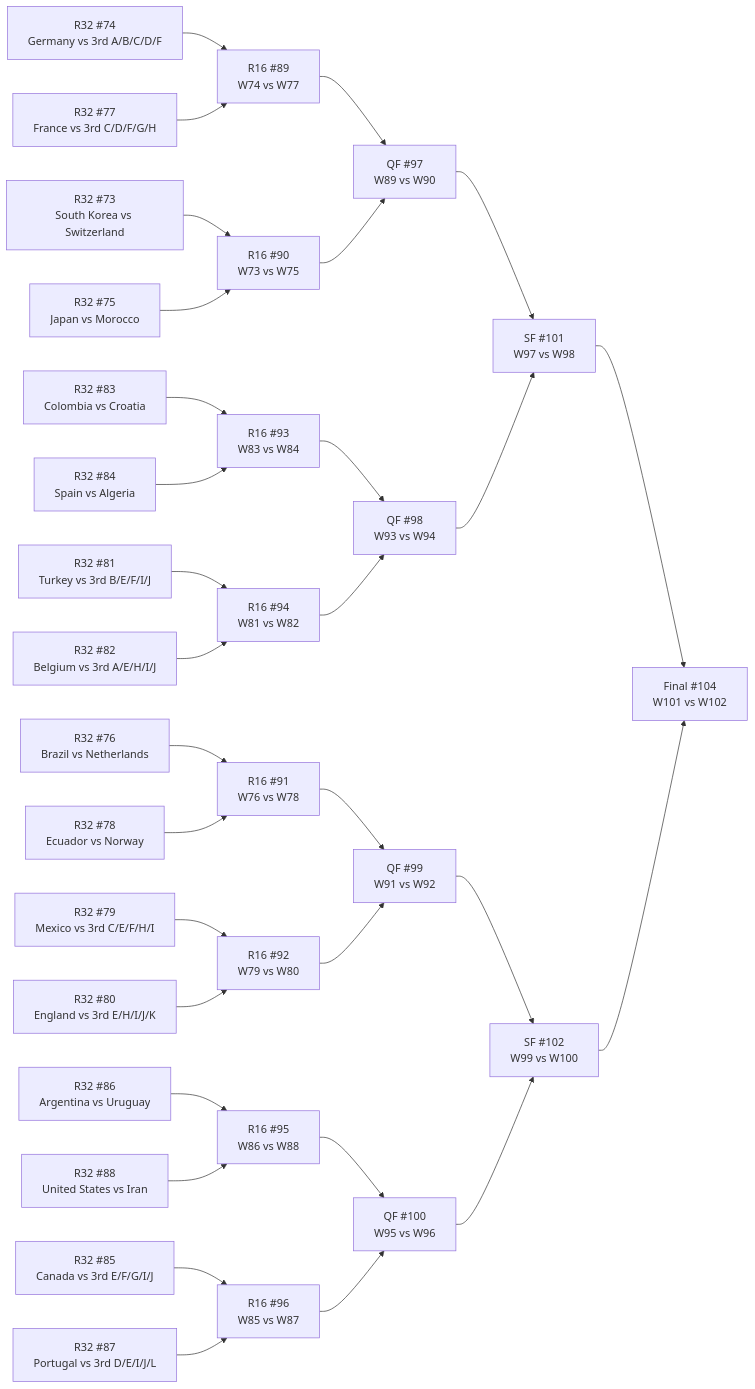
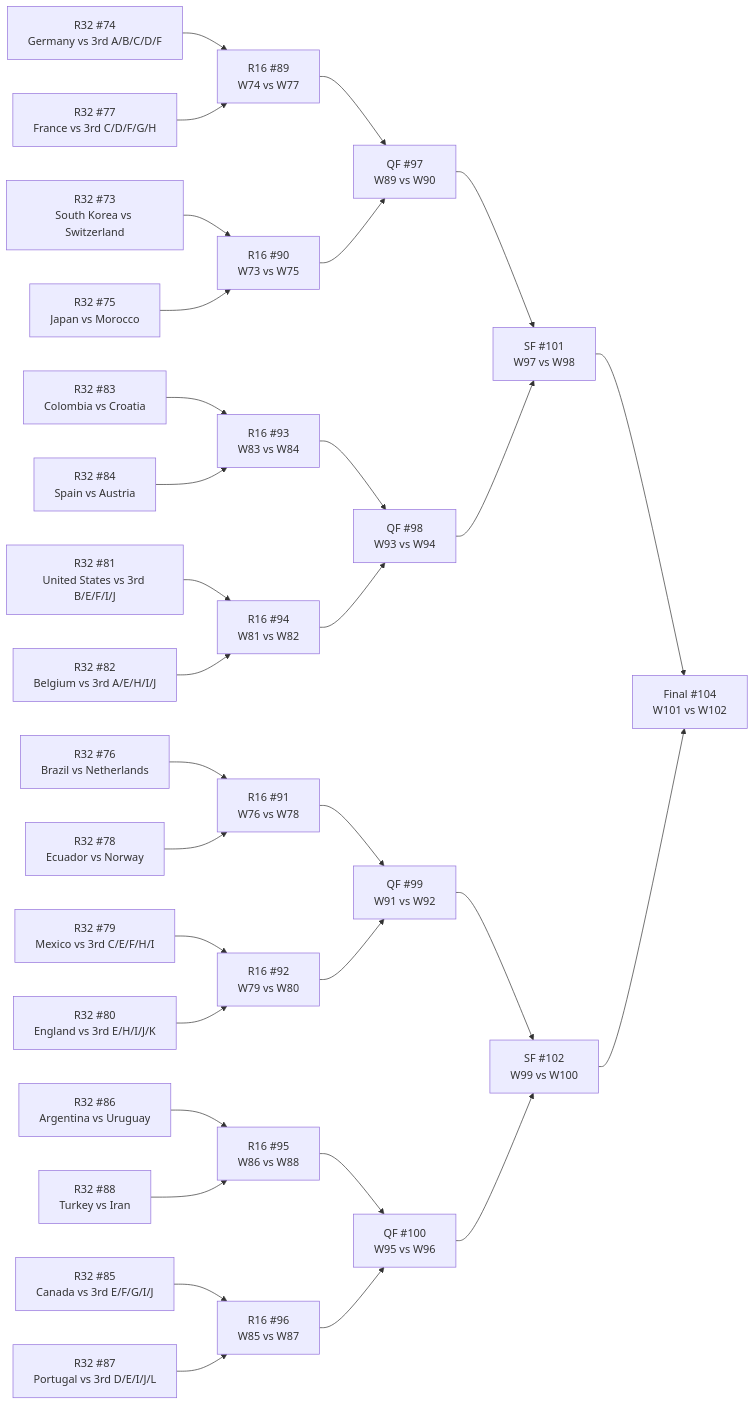
The diagram in WC vault/_bracket.md (Tutai-Tran/WC-2026-predictor), drawn with Mermaid before and after one commit. The commit also changed 84 other files, not shown here.

````diff
--- a/WC vault/_bracket.md
+++ b/WC vault/_bracket.md
@@ -11,64 +11,64 @@
 ```mermaid
 flowchart LR
   M73["R32 #73<br>South Korea vs Switzerland"]
   M74["R32 #74<br>Germany vs 3rd A/B/C/D/F"]
   M75["R32 #75<br>Japan vs Morocco"]
   M76["R32 #76<br>Brazil vs Netherlands"]
   M77["R32 #77<br>France vs 3rd C/D/F/G/H"]
   M78["R32 #78<br>Ecuador vs Norway"]
   M79["R32 #79<br>Mexico vs 3rd C/E/F/H/I"]
   M80["R32 #80<br>England vs 3rd E/H/I/J/K"]
-  M81["R32 #81<br>Turkey vs 3rd B/E/F/I/J"]
+  M81["R32 #81<br>United States vs 3rd B/E/F/I/J"]
   M82["R32 #82<br>Belgium vs 3rd A/E/H/I/J"]
   M83["R32 #83<br>Colombia vs Croatia"]
-  M84["R32 #84<br>Spain vs Algeria"]
+  M84["R32 #84<br>Spain vs Austria"]
   M85["R32 #85<br>Canada vs 3rd E/F/G/I/J"]
   M86["R32 #86<br>Argentina vs Uruguay"]
   M87["R32 #87<br>Portugal vs 3rd D/E/I/J/L"]
-  M88["R32 #88<br>United States vs Iran"]
+  M88["R32 #88<br>Turkey vs Iran"]
   M89["R16 #89<br>W74 vs W77"]
   M90["R16 #90<br>W73 vs W75"]
   M91["R16 #91<br>W76 vs W78"]
   M92["R16 #92<br>W79 vs W80"]
   M93["R16 #93<br>W83 vs W84"]
   M94["R16 #94<br>W81 vs W82"]
   M95["R16 #95<br>W86 vs W88"]
   M96["R16 #96<br>W85 vs W87"]
   M97["QF #97<br>W89 vs W90"]
   M98["QF #98<br>W93 vs W94"]
   M99["QF #99<br>W91 vs W92"]
   M100["QF #100<br>W95 vs W96"]
   M101["SF #101<br>W97 vs W98"]
   M102["SF #102<br>W99 vs W100"]
   M104["Final #104<br>W101 vs W102"]
   M74 --> M89
   M77 --> M89
   M73 --> M90
   M75 --> M90
   M76 --> M91
   M78 --> M91
   M79 --> M92
   M80 --> M92
   M83 --> M93
   M84 --> M93
   M81 --> M94
   M82 --> M94
   M86 --> M95
   M88 --> M95
   M85 --> M96
   M87 --> M96
   M89 --> M97
   M90 --> M97
   M93 --> M98
   M94 --> M98
   M91 --> M99
   M92 --> M99
   M95 --> M100
   M96 --> M100
   M97 --> M101
   M98 --> M101
   M99 --> M102
   M100 --> M102
   M101 --> M104
   M102 --> M104
 ```
````
